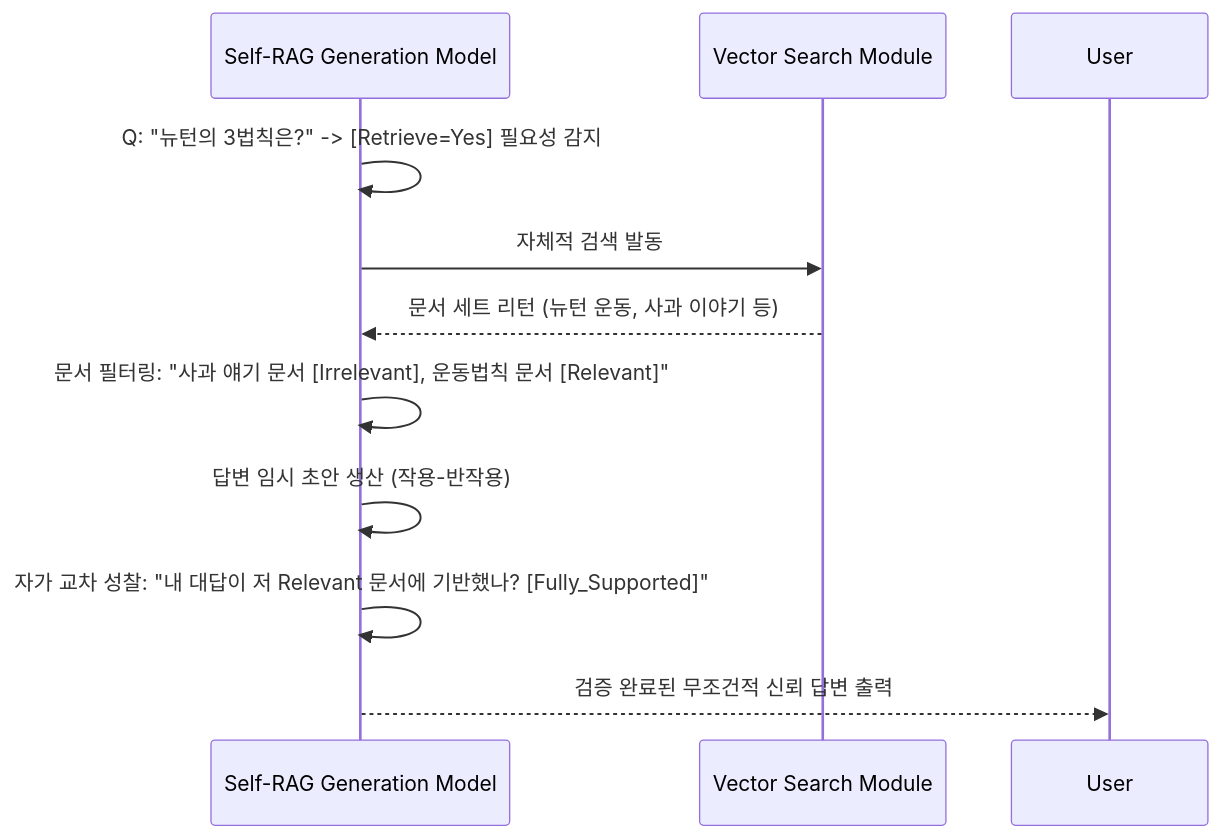
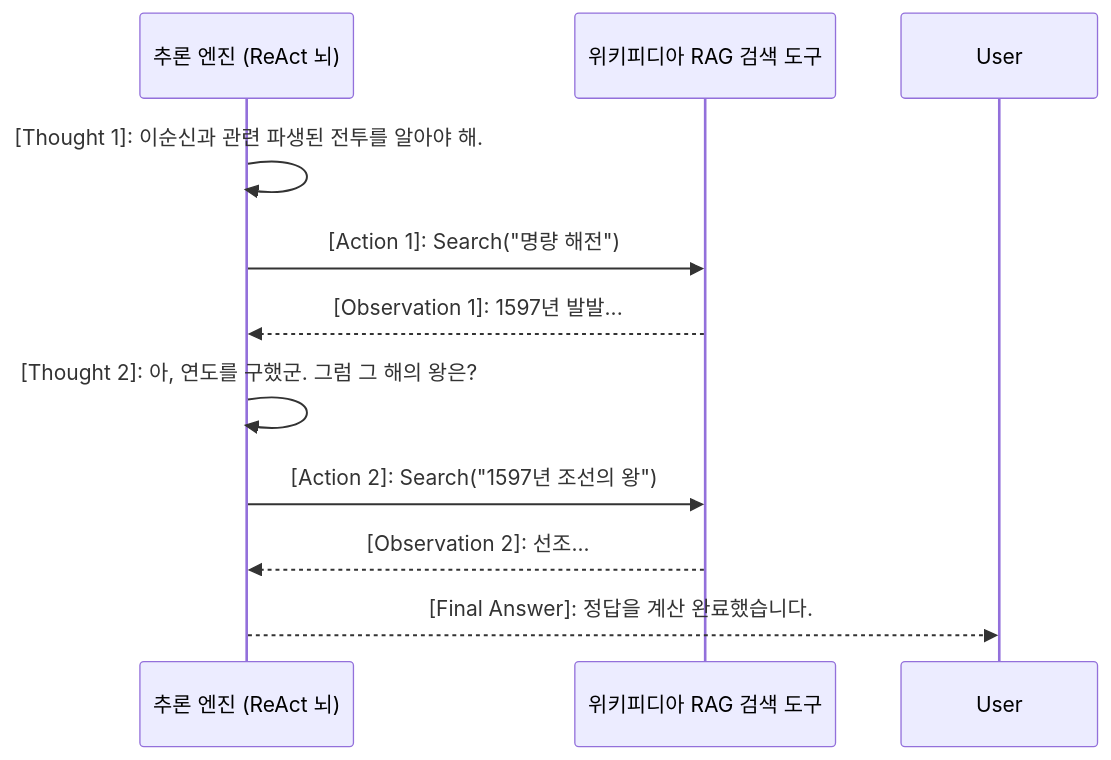
The second of 2 diagrams in week2.md (DaeyeonWon/self-study), drawn with Mermaid before and after one commit. The commit also changed other lines of this file and 7 other files, not shown here.

Commit message:
Major Refactor: Fix mermaid broken layouts, enrich advanced tactics (ThoT, RAPTOR, Ragas), and inject industry insights

````diff
--- a/week2.md
+++ b/week2.md
@@ -101,12 +78,12 @@
-<div class="mermaid">
+```mermaid
 sequenceDiagram
-    participant LLM as Self-RAG Generation Model
-    participant DB as Vector Search Module
-    LLM->>LLM: Q: "뉴턴의 3법칙은?" -> [Retrieve=Yes] 필요성 감지
-    LLM->>DB: 자체적 검색 발동
-    DB-->>LLM: 문서 세트 리턴 (뉴턴 운동, 사과 이야기 등)
-    LLM->>LLM: 문서 필터링: "사과 얘기 문서 [Irrelevant], 운동법칙 문서 [Relevant]"
-    LLM->>LLM: 답변 임시 초안 생산 (작용-반작용)
-    LLM->>LLM: 자가 교차 성찰: "내 대답이 저 Relevant 문서에 기반했나? [Fully_Supported]"
-    LLM-->>User: 검증 완료된 무조건적 신뢰 답변 출력
-</div>
+    participant LLM as 추론 엔진 (ReAct 뇌)
+    participant Tool as 위키피디아 RAG 검색 도구
+    LLM->>LLM: [Thought 1]: 이순신과 관련 파생된 전투를 알아야 해.
+    LLM->>Tool: [Action 1]: Search("명량 해전")
+    Tool-->>LLM: [Observation 1]: 1597년 발발...
+    LLM->>LLM: [Thought 2]: 아, 연도를 구했군. 그럼 그 해의 왕은?
+    LLM->>Tool: [Action 2]: Search("1597년 조선의 왕")
+    Tool-->>LLM: [Observation 2]: 선조...
+    LLM-->>User: [Final Answer]: 정답을 계산 완료했습니다.
+```
````
